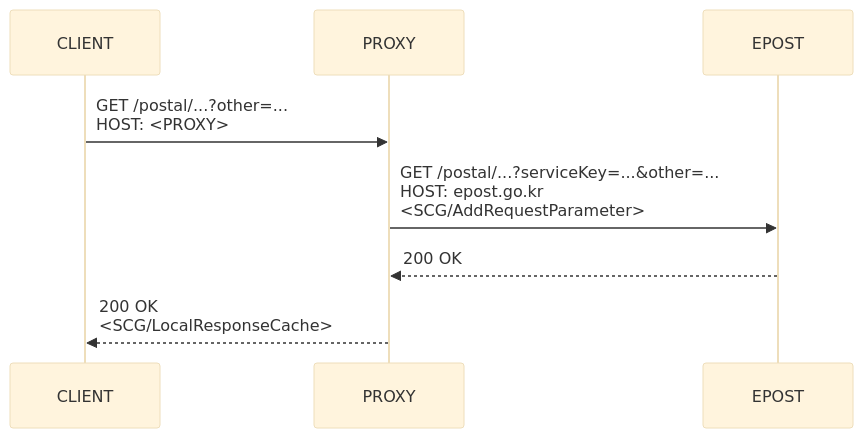
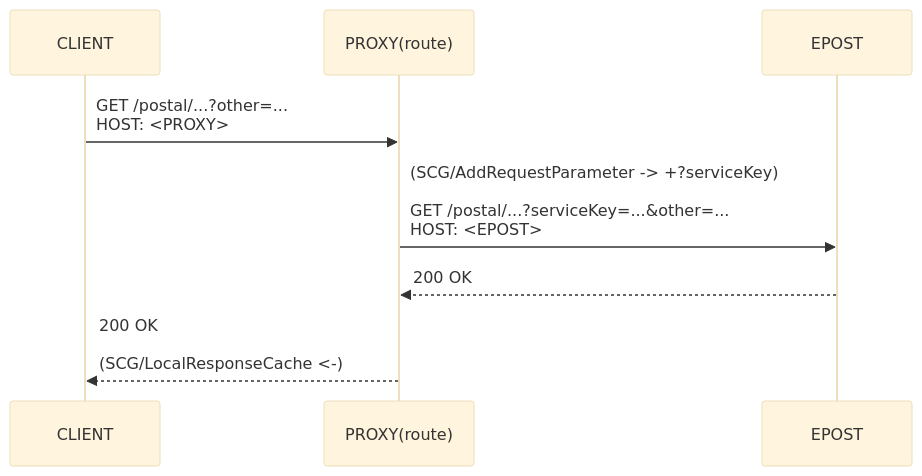
One commit to jinahya/epost-openapi-proxy changed the second of 3 diagrams in README.md. Above: the diagram before and after it, drawn with Mermaid (base theme). The commit also changed other lines of this file, not shown here.

````diff
--- a/README.md
+++ b/README.md
@@ -27,8 +27,8 @@
 ```mermaid
-%%{init: { 'sequence': {'messageAlign': 'left', "fontFamily": "monospace"} }}%%
+%%{init: { 'sequence': {'messageAlign': 'left'}, 'fontFamily': 'monospace' }}%%
 sequenceDiagram
-    CLIENT->>PROXY: GET /postal/...?other=...<br>HOST: <PROXY>
-    PROXY->>EPOST: GET /postal/...?serviceKey=...&other=...<br>HOST: epost.go.kr<br><SCG/AddRequestParameter>
-    EPOST-->>PROXY: 200 OK
-    PROXY-->>CLIENT: 200 OK<br><SCG/LocalResponseCache>
+    CLIENT->>PROXY(route): GET /postal/...?other=...<br>HOST: <PROXY>
+    PROXY(route)->>EPOST: (SCG/AddRequestParameter -> +?serviceKey)<br><br>GET /postal/...?serviceKey=...&other=...<br>HOST: <EPOST>
+    EPOST-->>PROXY(route): 200 OK
+    PROXY(route)-->>CLIENT: 200 OK<br><br>(SCG/LocalResponseCache <-)
 ```
````
